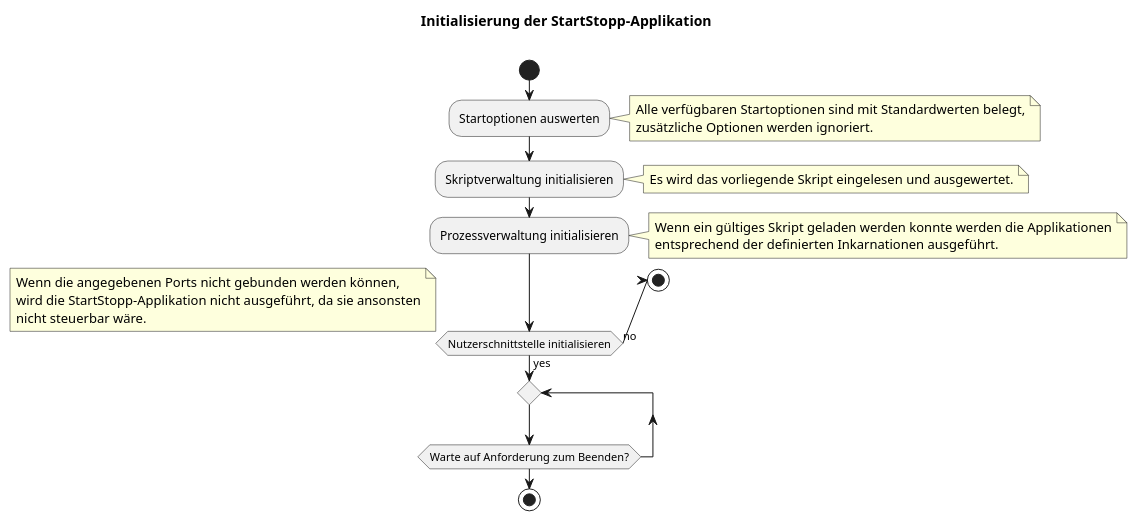
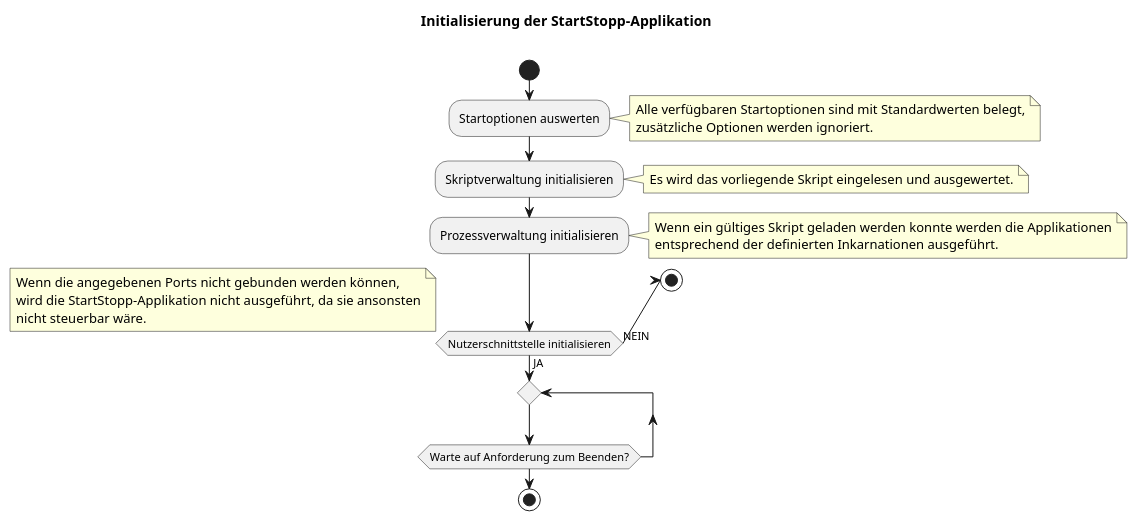
One commit to bitctrl/de.bsvrz.sys.startstopp changed the diagram in documentation/swent/startstopp.adoc. Above: the diagram before and after it, drawn with PlantUML. The commit also changed 16 other files, not shown here.

```diff
--- a/documentation/swent/startstopp.adoc
+++ b/documentation/swent/startstopp.adoc
@@ -46,44 +46,44 @@
-[plantuml]
+[plantuml, "init_startstopp"]
 ----
 title Initialisierung der StartStopp-Applikation \n
 
 start
 
 :Startoptionen auswerten;
 
 note right
 Alle verfügbaren Startoptionen sind mit Standardwerten belegt,
 zusätzliche Optionen werden ignoriert.
 end note
 
 :Skriptverwaltung initialisieren;
 
 note right
 Es wird das vorliegende Skript eingelesen und ausgewertet.
 end note
 
 :Prozessverwaltung initialisieren;
 
 note right
 Wenn ein gültiges Skript geladen werden konnte werden die Applikationen
 entsprechend der definierten Inkarnationen ausgeführt.
 end note
 
-if (Nutzerschnittstelle initialisieren) then (yes)
+if (Nutzerschnittstelle initialisieren) then (JA)
     repeat
     repeat while (Warte auf Anforderung zum Beenden?)
 
     stop
 
-else (no)
+else (NEIN)
 
 note right
 Wenn die angegebenen Ports nicht gebunden werden können,
 wird die StartStopp-Applikation nicht ausgeführt, da sie ansonsten
 nicht steuerbar wäre.
 end note
 
     stop
 endif
 
 ----
```
